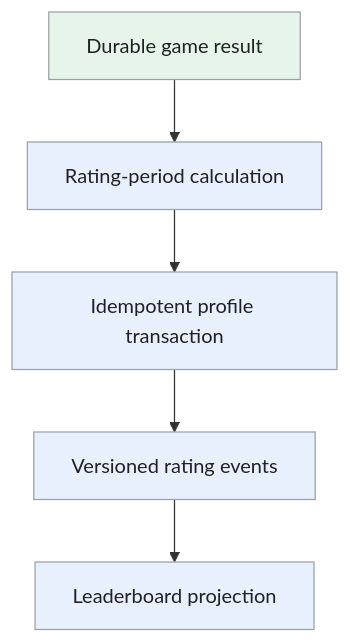
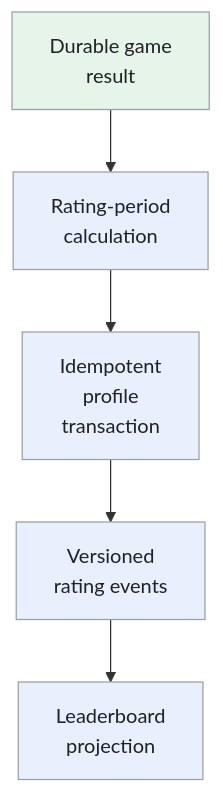
The fifth of 5 diagrams in _designs/system-design-online-chess.md (iliazlobin/iliazlobin.github.io), drawn with Mermaid before and after one commit. The commit also changed other lines of this file and 116 other files, not shown here.

````diff
--- a/_designs/system-design-online-chess.md
+++ b/_designs/system-design-online-chess.md
@@ -333,12 +359,12 @@
 ```mermaid
 flowchart TB
-  G["Durable game result"] --> P["Rating-period calculation"]
-  P --> T["Idempotent profile transaction"]
-  T --> E["Versioned rating events"]
-  E --> R["Leaderboard projection"]
+  G["Durable game<br>result"] --> P["Rating-period<br>calculation"]
+  P --> T["Idempotent<br>profile<br>transaction"]
+  T --> E["Versioned<br>rating events"]
+  E --> R["Leaderboard<br>projection"]
   classDef request fill:#e8f0fe,stroke:#9aa0a6,color:#202124,stroke-width:1px
   classDef background fill:#e6f4ea,stroke:#9aa0a6,color:#202124,stroke-width:1px
   classDef control fill:#fef7e0,stroke:#9aa0a6,color:#202124,stroke-width:1px
   class P,T,E,R request
   class G background
 ```
````
